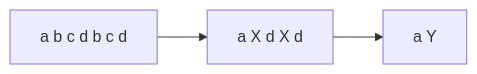
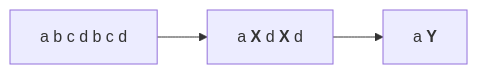
The second of 3 diagrams in README.md (ChrisZhu2050/chriszhu2050.github.io), drawn with Mermaid before and after one commit. The commit also changed other lines of this file, not shown here.

````diff
--- a/README.md
+++ b/README.md
@@ -53,4 +53,4 @@
         ```mermaid
           graph LR
-              A[a b c d b c d] --> B[a X d X d] --> C[a Y]
+              A[a b c d b c d] --> B["`a **X** d **X** d`"] --> C["`a **Y**`"]
         ```
````
